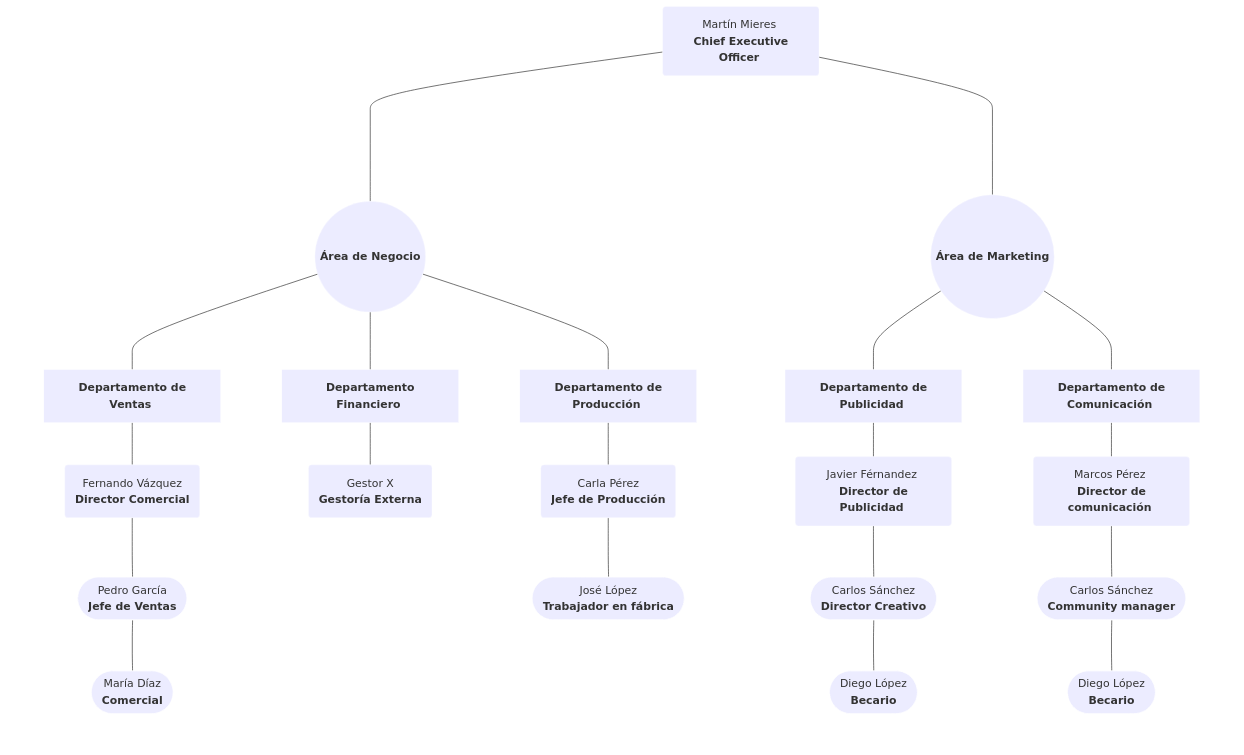
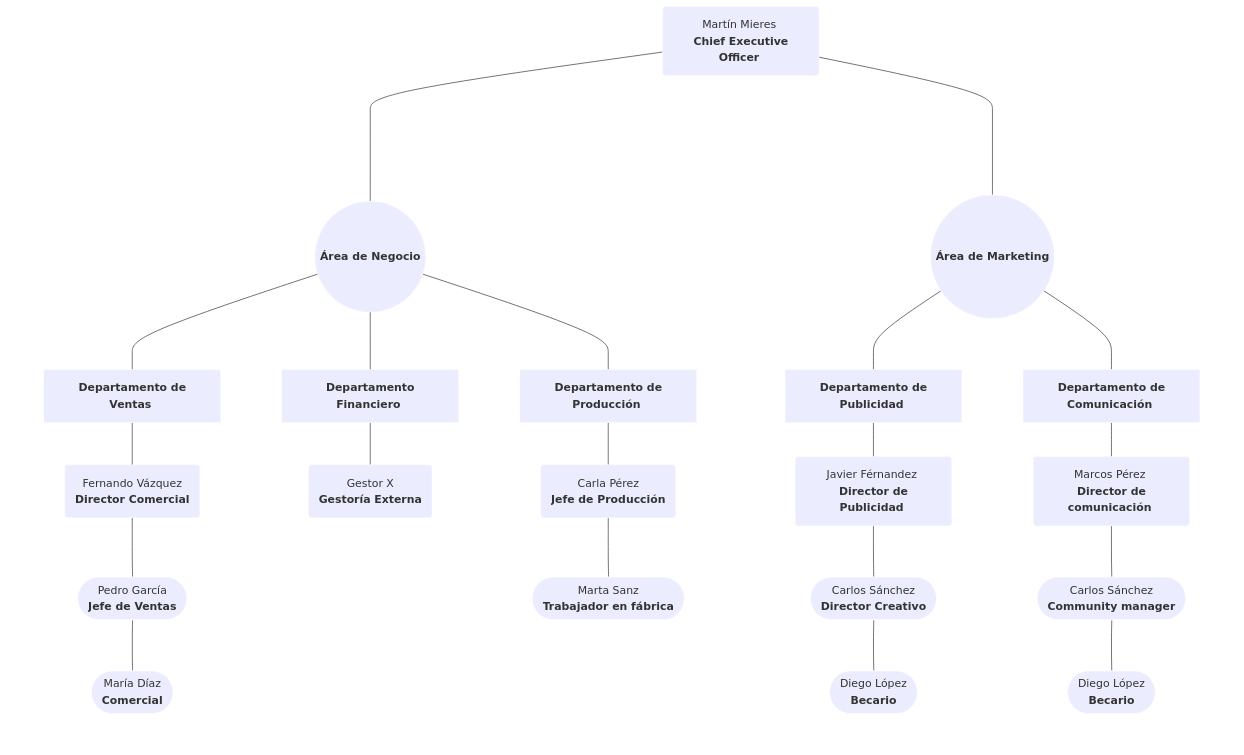
Before and after one commit to MiguelEstebanG/diagram: the diagram in README.md, drawn with Mermaid.

```diff
--- a/README.md
+++ b/README.md
@@ -108,7 +108,7 @@
         subgraph departamentoDeProduccion[ ]
             dptoProduccion[<b> Departamento de Producción </b>];
             jefeDeProduccion(Carla Pérez <br><b> Jefe de Producción </b></br>);
-            trabajador([José López <br><b> Trabajador en fábrica </b></br>]);
+            trabajador([Marta Sanz <br><b> Trabajador en fábrica </b></br>]);
         end
         
         subgraph departamentoFinanciero[ ]
```
